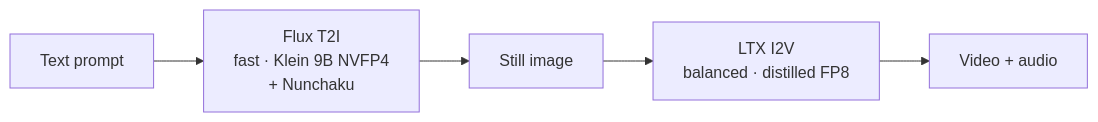
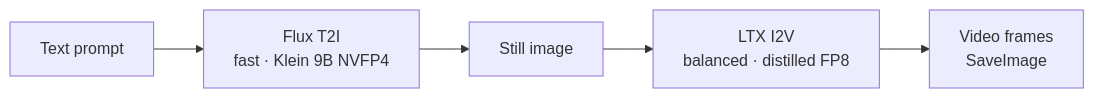
One commit to toxicoder/ez-comfy-stack changed the second of 5 diagrams in docs/visual-generative-ai.md. Above: the diagram before and after it, drawn with Mermaid. The commit also changed other lines of this file and 14 other files, not shown here.

````diff
--- a/docs/visual-generative-ai.md
+++ b/docs/visual-generative-ai.md
@@ -70,7 +70,7 @@
 ```mermaid
 flowchart LR
-  Prompt["Text prompt"] --> Flux["Flux T2I<br/>fast · Klein 9B NVFP4<br/>+ Nunchaku"]
+  Prompt["Text prompt"] --> Flux["Flux T2I<br/>fast · Klein 9B NVFP4"]
   Flux --> Image["Still image"]
   Image --> LTX["LTX I2V<br/>balanced · distilled FP8"]
-  LTX --> Video["Video + audio"]
+  LTX --> Frames["Video frames<br/>SaveImage"]
 ```
````
